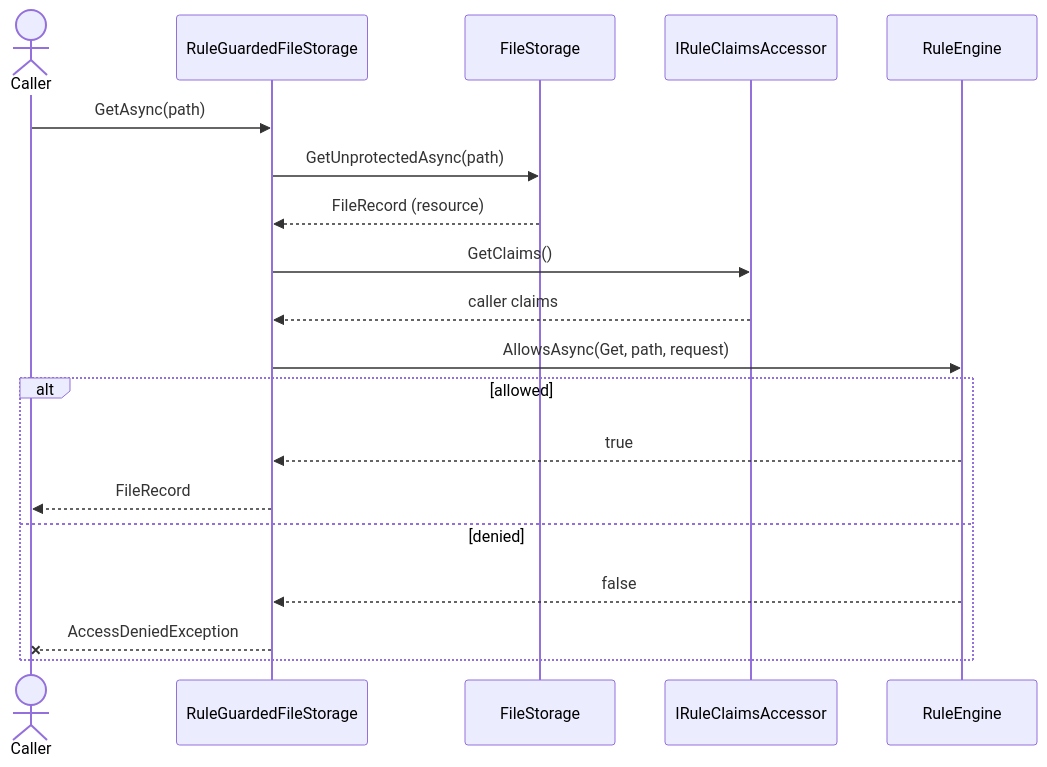
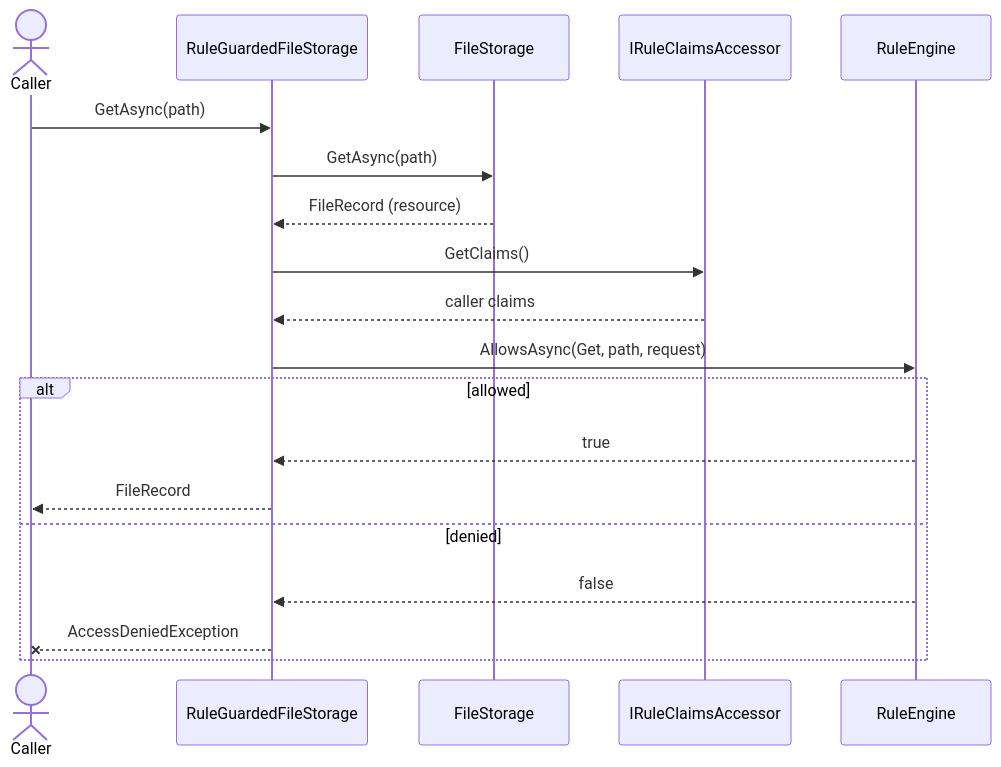
Before and after one commit to FlameOfUdun/winche-storage: the sixth of 6 diagrams in README.md, drawn with Mermaid. The commit also changed other lines of this file and 10 other files, not shown here.

````diff
--- a/README.md
+++ b/README.md
@@ -291,22 +291,22 @@
 ```mermaid
 sequenceDiagram
     actor Caller
     participant Guard as RuleGuardedFileStorage
     participant Core as FileStorage
     participant Claims as IRuleClaimsAccessor
     participant Engine as RuleEngine
 
     Caller->>Guard: GetAsync(path)
-    Guard->>Core: GetUnprotectedAsync(path)
+    Guard->>Core: GetAsync(path)
     Core-->>Guard: FileRecord (resource)
     Guard->>Claims: GetClaims()
     Claims-->>Guard: caller claims
     Guard->>Engine: AllowsAsync(Get, path, request)
     alt allowed
         Engine-->>Guard: true
         Guard-->>Caller: FileRecord
     else denied
         Engine-->>Guard: false
         Guard--xCaller: AccessDeniedException
     end
 ```
````
